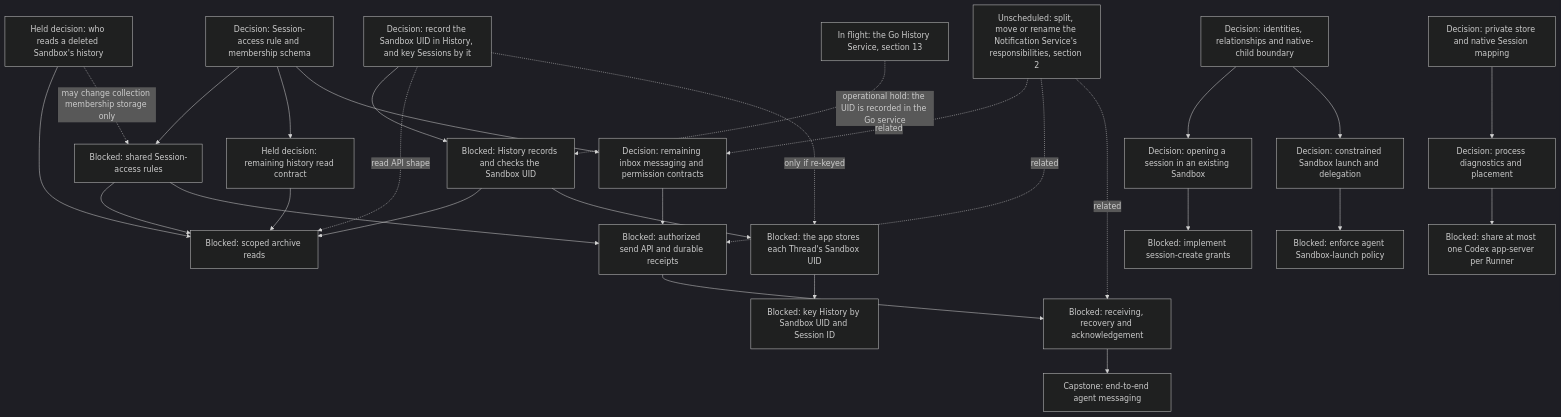
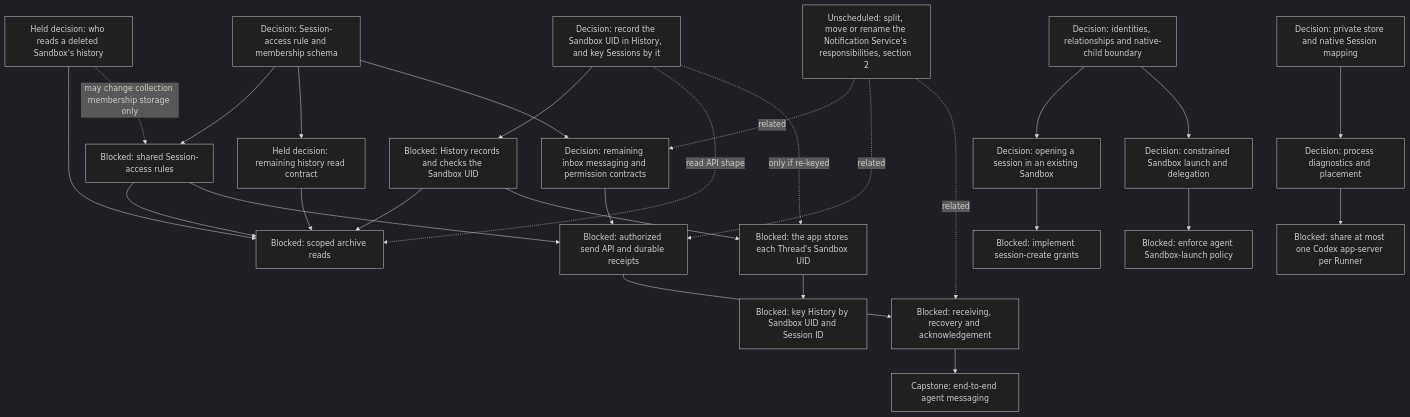
The fifth of 17 diagrams in agentplane/plans/task_dag.md (agentydragon-agent/ducktape), drawn with Mermaid (dark theme) before and after one commit. The commit also changed other lines of this file and 8 other files, not shown here.

First line of the commit message:
History Service: run the Go service and build its images (#11213)

````diff
--- a/agentplane/plans/task_dag.md
+++ b/agentplane/plans/task_dag.md
@@ -250,50 +250,49 @@
 ```mermaid
 flowchart TD
     MULTIAGENT_MODEL[Decision: identities, relationships and native-child boundary]
     SESSION_ACCESS_RULES_DESIGN[Decision: Session-access rule and membership schema]
     SESSION_ACCESS_RULES[Blocked: shared Session-access rules]
     THREAD_READ_POLICY_DESIGN[Held decision: remaining history read contract]
     HISTORY_ACCESS_AFTER_DELETION[Held decision: who reads a deleted Sandbox's history]
     THREAD_READ_POLICY[Blocked: scoped archive reads]
     HISTORY_SESSION_KEY_DESIGN[Decision: record the Sandbox UID in History, and key Sessions by it]
     HISTORY_SANDBOX_UID[Blocked: History records and checks the Sandbox UID]
     APP_THREAD_SANDBOX_UID[Blocked: the app stores each Thread's Sandbox UID]
     HISTORY_SESSION_REKEY[Blocked: key History by Sandbox UID and Session ID]
     AGENT_MESSAGING_DESIGN[Decision: remaining inbox messaging and permission contracts]
     AGENT_MESSAGE_INGRESS[Blocked: authorized send API and durable receipts]
     AGENT_MESSAGE_RECEPTION[Blocked: receiving, recovery and acknowledgement]
     AGENT_MESSAGING[Capstone: end-to-end agent messaging]
     THREAD_CREATE_POLICY[Decision: opening a session in an existing Sandbox]
     THREAD_CREATE_AUTHORIZATION[Blocked: implement session-create grants]
     AGENT_LAUNCH_POLICY_DESIGN[Decision: constrained Sandbox launch and delegation]
     AGENT_SANDBOX_LAUNCH[Blocked: enforce agent Sandbox-launch policy]
     MULTIAGENT_MODEL --> THREAD_CREATE_POLICY
     MULTIAGENT_MODEL --> AGENT_LAUNCH_POLICY_DESIGN
     SESSION_ACCESS_RULES_DESIGN --> SESSION_ACCESS_RULES
     SESSION_ACCESS_RULES_DESIGN --> THREAD_READ_POLICY_DESIGN
     SESSION_ACCESS_RULES_DESIGN --> AGENT_MESSAGING_DESIGN
     THREAD_READ_POLICY_DESIGN --> THREAD_READ_POLICY
     HISTORY_ACCESS_AFTER_DELETION --> THREAD_READ_POLICY
     HISTORY_ACCESS_AFTER_DELETION -. may change collection membership storage only .-> SESSION_ACCESS_RULES
     SESSION_ACCESS_RULES --> THREAD_READ_POLICY
     HISTORY_SESSION_KEY_DESIGN --> HISTORY_SANDBOX_UID
-    HISTORY_GO_SERVICE[In flight: the Go History Service, section 13] -. operational hold: the UID is recorded in the Go service .-> HISTORY_SANDBOX_UID
     HISTORY_SESSION_KEY_DESIGN -. read API shape .-> THREAD_READ_POLICY
     HISTORY_SESSION_KEY_DESIGN -. only if re-keyed .-> APP_THREAD_SANDBOX_UID
     HISTORY_SANDBOX_UID --> THREAD_READ_POLICY
     HISTORY_SANDBOX_UID --> APP_THREAD_SANDBOX_UID
     APP_THREAD_SANDBOX_UID --> HISTORY_SESSION_REKEY
     SESSION_ACCESS_RULES --> AGENT_MESSAGE_INGRESS
     AGENT_MESSAGING_DESIGN --> AGENT_MESSAGE_INGRESS
     AGENT_MESSAGE_INGRESS --> AGENT_MESSAGE_RECEPTION
     NOTIFICATION_SERVICE_SPLIT[Unscheduled: split, move or rename the Notification Service's responsibilities, section 2] -. related .-> AGENT_MESSAGING_DESIGN
     NOTIFICATION_SERVICE_SPLIT -. related .-> AGENT_MESSAGE_INGRESS
     NOTIFICATION_SERVICE_SPLIT -. related .-> AGENT_MESSAGE_RECEPTION
     AGENT_MESSAGE_RECEPTION --> AGENT_MESSAGING
     THREAD_CREATE_POLICY --> THREAD_CREATE_AUTHORIZATION
     AGENT_LAUNCH_POLICY_DESIGN --> AGENT_SANDBOX_LAUNCH
     RUNNER_HARNESS_OBJECTS_DESIGN[Decision: process diagnostics and placement]
     HARNESS_IDENTITY_DESIGN[Decision: private store and native Session mapping]
     HARNESS_IDENTITY_DESIGN --> RUNNER_HARNESS_OBJECTS_DESIGN
     RUNNER_HARNESS_OBJECTS_DESIGN --> RUNNER_CODEX_SHARED_PROCESS[Blocked: share at most one Codex app-server per Runner]
 ```
````
